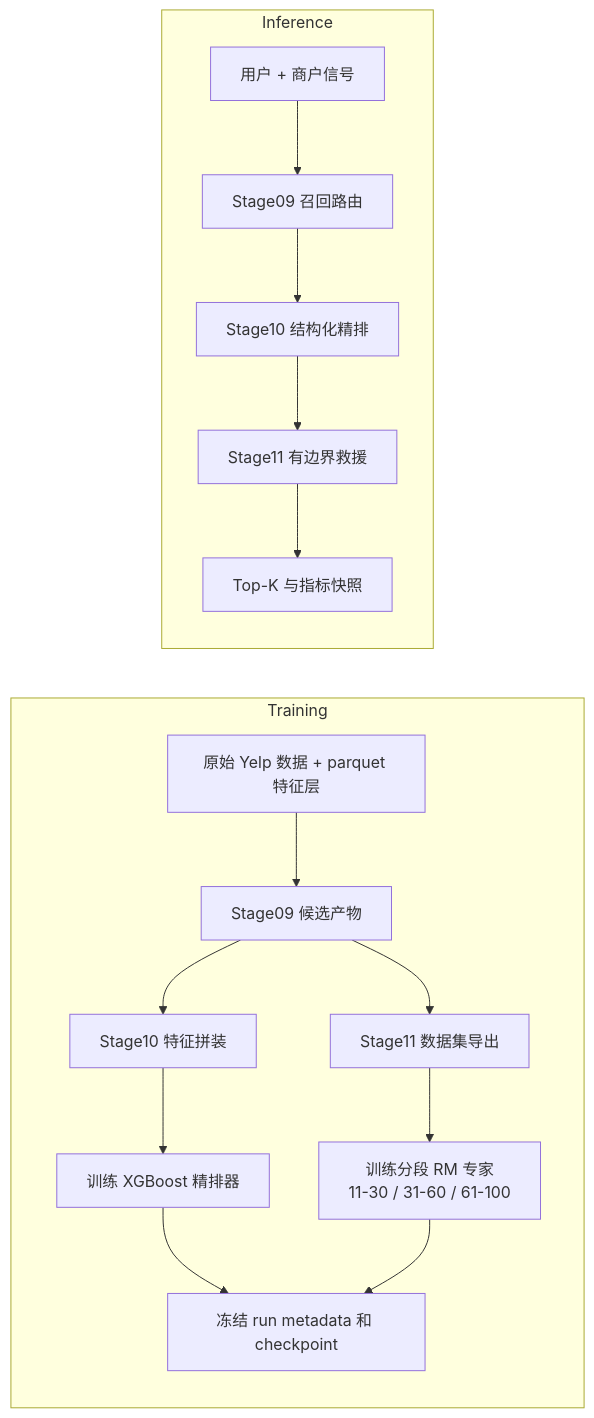
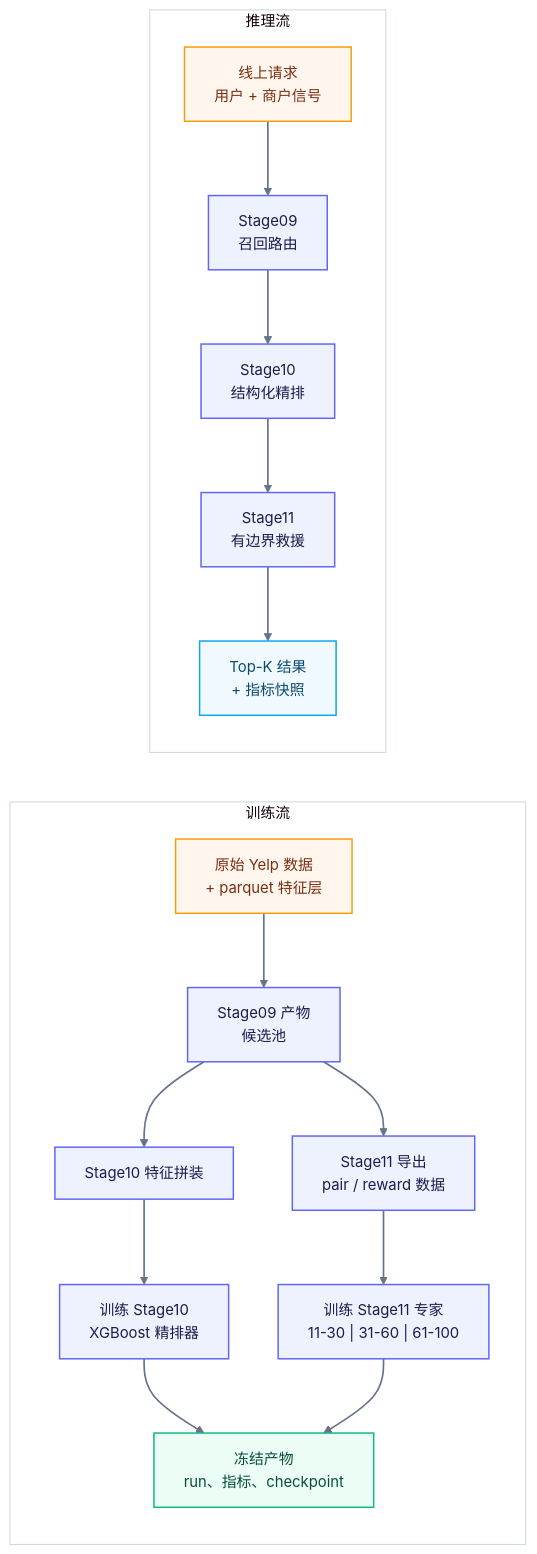
Before and after one commit to William-Huang274/Yelp-Offline-Recommendation-Pipeline: the second of 2 diagrams in README.zh-CN.md, drawn with Mermaid. The commit also changed other lines of this file and 1 other file, not shown here.

Commit message:
docs: polish readme architecture diagrams

````diff
--- a/README.zh-CN.md
+++ b/README.zh-CN.md
@@ -48,19 +69,43 @@
 ```mermaid
+%%{init: {'theme': 'base', 'themeVariables': {
+  'primaryColor': '#F8FAFC',
+  'primaryBorderColor': '#CBD5E1',
+  'primaryTextColor': '#0F172A',
+  'lineColor': '#475569',
+  'secondaryColor': '#EEF2FF',
+  'tertiaryColor': '#ECFDF5',
+  'clusterBkg': '#FFFFFF',
+  'clusterBorder': '#CBD5E1',
+  'fontSize': '15px'
+}}}%%
 flowchart LR
-    subgraph Training
-        D["原始 Yelp 数据 + parquet 特征层"] --> C["Stage09 候选产物"]
-        C --> F["Stage10 特征拼装"]
-        F --> X["训练 XGBoost 精排器"]
-        C --> P["Stage11 数据集导出"]
-        P --> Q["训练分段 RM 专家<br/>11-30 / 31-60 / 61-100"]
-        X --> A["冻结 run metadata 和 checkpoint"]
-        Q --> A
+    classDef data fill:#FFF7ED,stroke:#F59E0B,color:#7C2D12,stroke-width:1.5px;
+    classDef stage fill:#EEF2FF,stroke:#6366F1,color:#1E1B4B,stroke-width:1.5px;
+    classDef artifact fill:#ECFDF5,stroke:#10B981,color:#064E3B,stroke-width:1.5px;
+    classDef output fill:#F0F9FF,stroke:#0EA5E9,color:#0C4A6E,stroke-width:1.5px;
+    linkStyle default stroke:#64748B,stroke-width:1.7px;
+
+    subgraph TR["训练流"]
+        direction TB
+        D["原始 Yelp 数据<br/>+ parquet 特征层"]:::data
+        C["Stage09 产物<br/>候选池"]:::stage
+        F["Stage10 特征拼装"]:::stage
+        X["训练 Stage10<br/>XGBoost 精排器"]:::stage
+        P["Stage11 导出<br/>pair / reward 数据"]:::stage
+        Q["训练 Stage11 专家<br/>11-30 | 31-60 | 61-100"]:::stage
+        A["冻结产物<br/>run、指标、checkpoint"]:::artifact
+        D --> C
+        C --> F --> X --> A
+        C --> P --> Q --> A
     end
 
-    subgraph Inference
-        I1["用户 + 商户信号"] --> I9["Stage09 召回路由"]
-        I9 --> I10["Stage10 结构化精排"]
-        I10 --> I11["Stage11 有边界救援"]
-        I11 --> O["Top-K 与指标快照"]
+    subgraph IN["推理流"]
+        direction TB
+        I1["线上请求<br/>用户 + 商户信号"]:::data
+        I9["Stage09<br/>召回路由"]:::stage
+        I10["Stage10<br/>结构化精排"]:::stage
+        I11["Stage11<br/>有边界救援"]:::stage
+        O["Top-K 结果<br/>+ 指标快照"]:::output
+        I1 --> I9 --> I10 --> I11 --> O
     end
 ```
````
